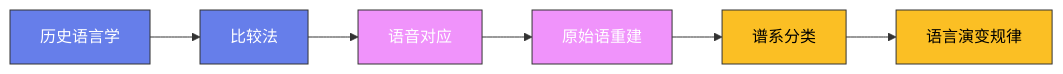
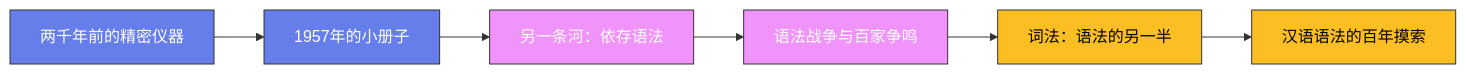
One commit to Fengur/Fengur.github.io changed the diagram in content/posts/ModelCreate/语言学/05-语法学.md. Above: the diagram before and after it, drawn with Mermaid. The commit also changed other lines of this file and 505 other files, not shown here.

First line of the commit message:
content(blog): ModelCreate 全站质量修复——front matter 补全、占位图修复、事实错误修正、注水文重写

````diff
--- a/content/posts/ModelCreate/语言学/05-语法学.md
+++ b/content/posts/ModelCreate/语言学/05-语法学.md
@@ -39,16 +42,23 @@
 ```mermaid
 graph LR
-    A["历史语言学"] --> B["比较法"]
-    B --> C["语音对应"]
-    C --> D["原始语重建"]
-    D --> E["谱系分类"]
-    E --> F["语言演变规律"]
+    A["两千年前的精密仪器"]
+    B["1957年的小册子"]
+    C["另一条河：依存语法"]
+    D["语法战争与百家争鸣"]
+    E["词法：语法的另一半"]
+    F["汉语语法的百年摸索"]
+
+    A --> B
+    B --> C
+    C --> D
+    D --> E
+    E --> F
 
     classDef early fill:#667eea,stroke:#333,color:white
     classDef mid fill:#f093fb,stroke:#333,color:white
     classDef modern fill:#fbbf24,stroke:#333,color:black
 
     class A,B early
     class C,D mid
     class E,F modern
 ```
````
